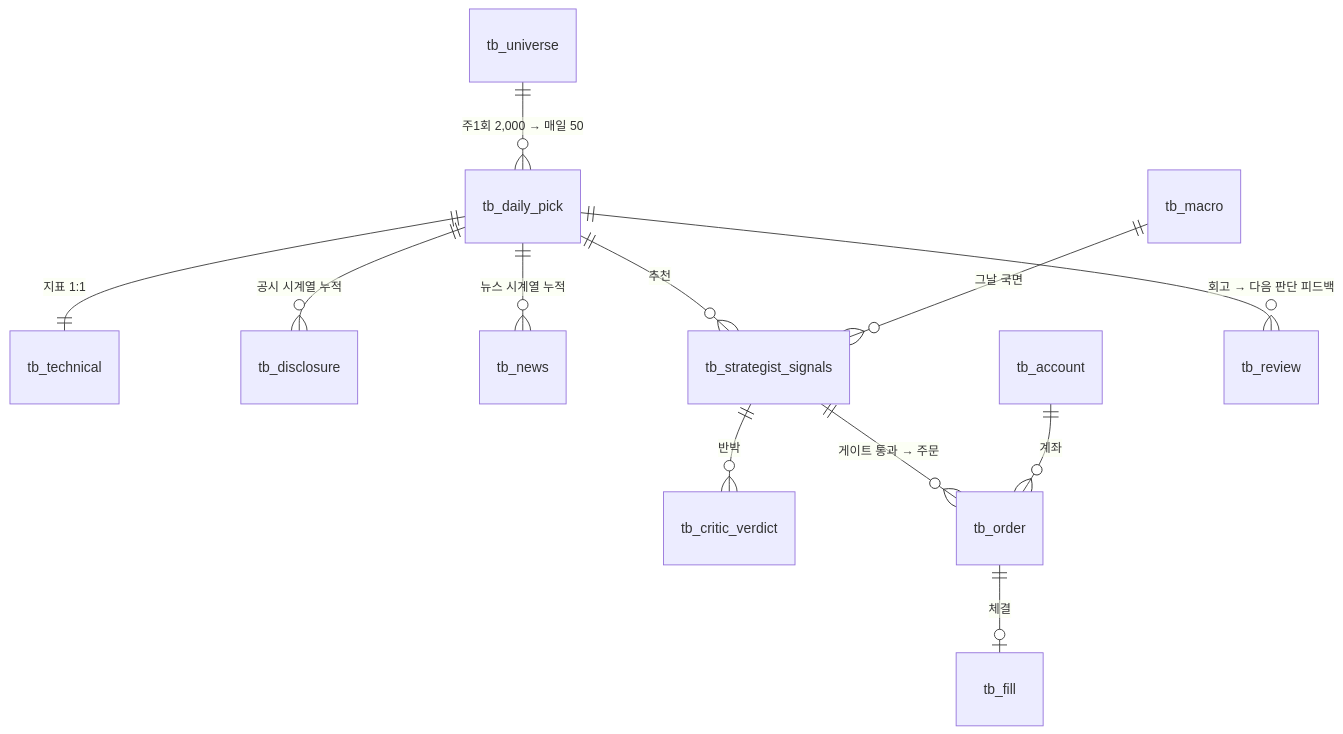
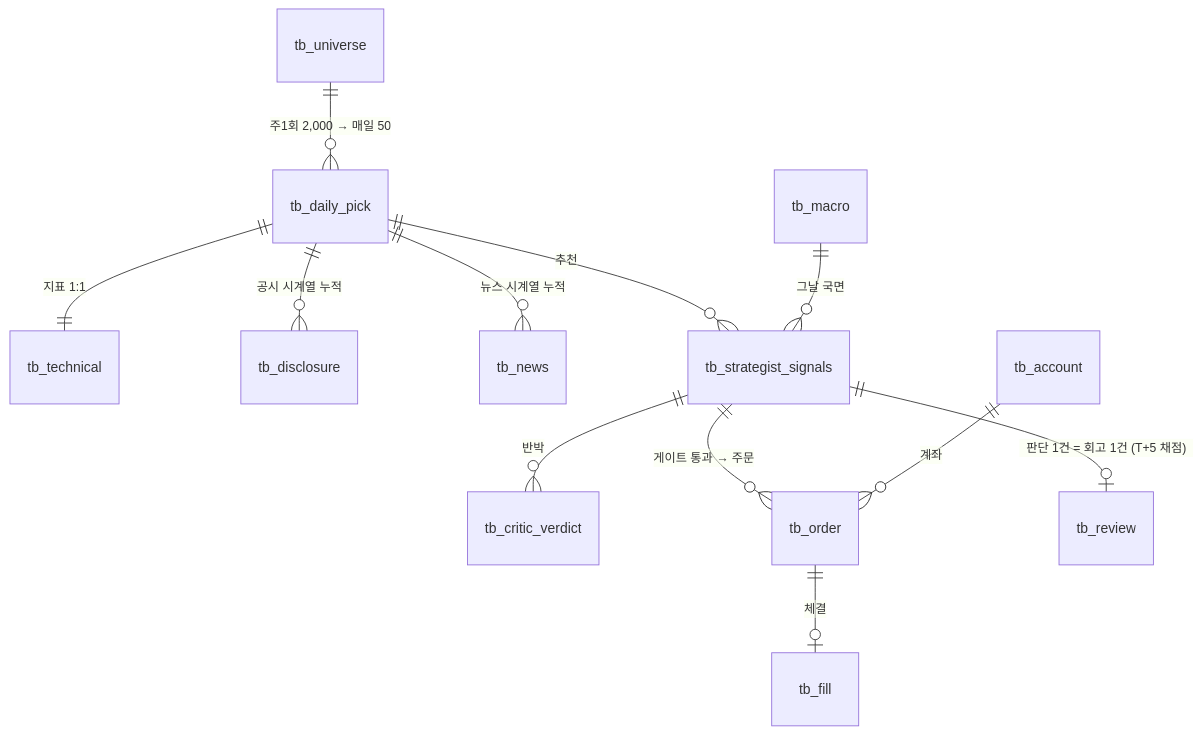
Before and after one commit to jaymunsh/quantinue-wiki: the second of 2 diagrams in documents/facts/데이터계약.md, drawn with Mermaid. The commit also changed other lines of this file and 10 other files, not shown here.

````diff
--- a/documents/facts/데이터계약.md
+++ b/documents/facts/데이터계약.md
@@ -34,14 +34,14 @@
 ```mermaid
 erDiagram
   tb_universe ||--o{ tb_daily_pick : "주1회 2,000 → 매일 50"
   tb_daily_pick ||--|| tb_technical : "지표 1:1"
   tb_daily_pick ||--o{ tb_disclosure : "공시 시계열 누적"
   tb_daily_pick ||--o{ tb_news : "뉴스 시계열 누적"
   tb_daily_pick ||--o{ tb_strategist_signals : "추천"
   tb_macro ||--o{ tb_strategist_signals : "그날 국면"
   tb_strategist_signals ||--o{ tb_critic_verdict : "반박"
   tb_strategist_signals ||--o{ tb_order : "게이트 통과 → 주문"
   tb_account ||--o{ tb_order : "계좌"
   tb_order ||--o| tb_fill : "체결"
-  tb_daily_pick ||--o{ tb_review : "회고 → 다음 판단 피드백"
+  tb_strategist_signals ||--o| tb_review : "판단 1건 = 회고 1건 (T+5 채점)"
 ```
````
